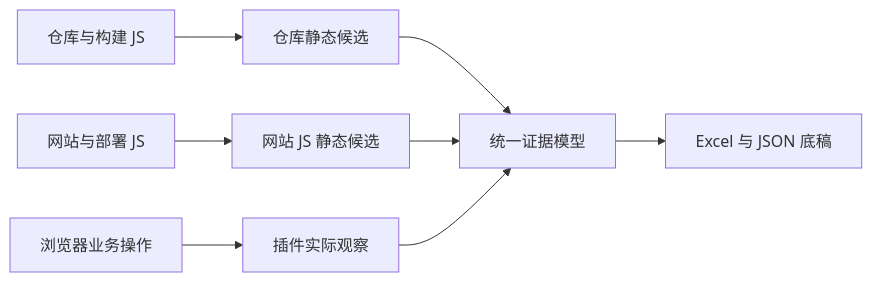
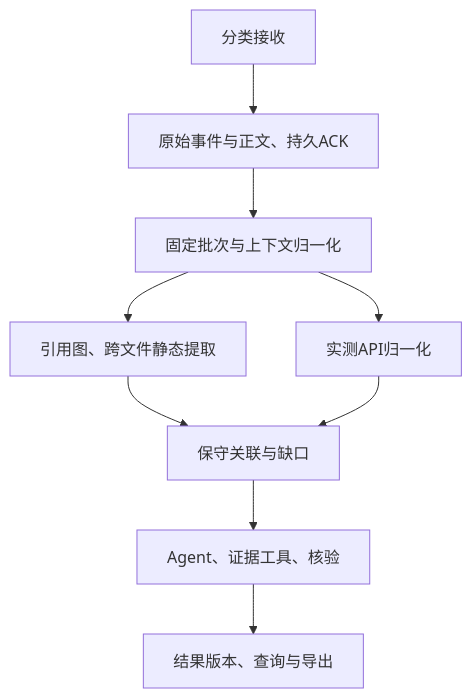
Before and after one commit to luohaijiang789/js-security: the diagram in docs/overview.md, drawn with Mermaid. The commit also changed other lines of this file and 98 other files, not shown here.

````diff
--- a/docs/overview.md
+++ b/docs/overview.md
@@ -15,10 +38,11 @@
 ```mermaid
-flowchart LR
-    A[仓库与构建 JS] --> W[仓库静态候选]
-    B[网站与部署 JS] --> S[网站 JS 静态候选]
-    C[浏览器业务操作] --> O[插件实际观察]
-    W --> D[统一证据模型]
-    S --> D
-    O --> D
-    D --> X[Excel 与 JSON 底稿]
+flowchart TD
+ A[分类接收] --> B[原始事件与正文、持久ACK]
+ B --> C[固定批次与上下文归一化]
+ C --> D[引用图、跨文件静态提取]
+ C --> E[实测API归一化]
+ D --> F[保守关联与缺口]
+ E --> F
+ F --> G[Agent、证据工具、核验]
+ G --> H[结果版本、查询与导出]
 ```
````
